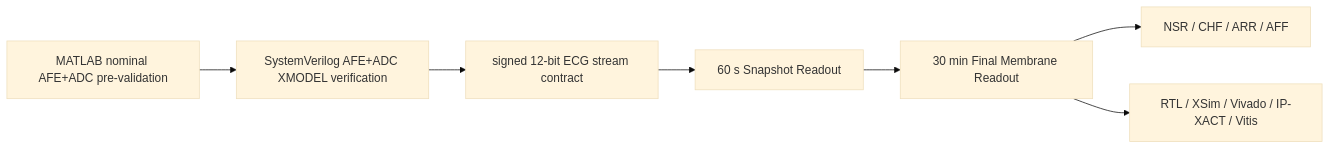
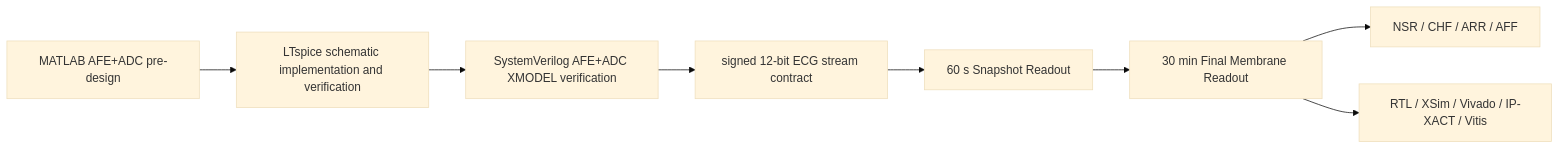
Before and after one commit to Sheep-gun/ECG-SoC-Integrated: the diagram in FINAL_REPORT_KR.md, drawn with Mermaid (base theme). The commit also changed other lines of this file and 212 other files, not shown here.

Commit message:
Document MATLAB LTspice XMODEL analog validation

````diff
--- a/FINAL_REPORT_KR.md
+++ b/FINAL_REPORT_KR.md
@@ -28,9 +28,10 @@
 ```mermaid
 flowchart LR
-    A["MATLAB nominal AFE+ADC pre-validation"] --> B["SystemVerilog AFE+ADC XMODEL verification"]
-    B --> C["signed 12-bit ECG stream contract"]
-    C --> D["60 s Snapshot Readout"]
-    D --> E["30 min Final Membrane Readout"]
-    E --> F["NSR / CHF / ARR / AFF"]
-    E --> G["RTL / XSim / Vivado / IP-XACT / Vitis"]
+    A["MATLAB AFE+ADC pre-design"] --> B["LTspice schematic implementation and verification"]
+    B --> C["SystemVerilog AFE+ADC XMODEL verification"]
+    C --> D["signed 12-bit ECG stream contract"]
+    D --> E["60 s Snapshot Readout"]
+    E --> F["30 min Final Membrane Readout"]
+    F --> G["NSR / CHF / ARR / AFF"]
+    F --> H["RTL / XSim / Vivado / IP-XACT / Vitis"]
 ```
````
